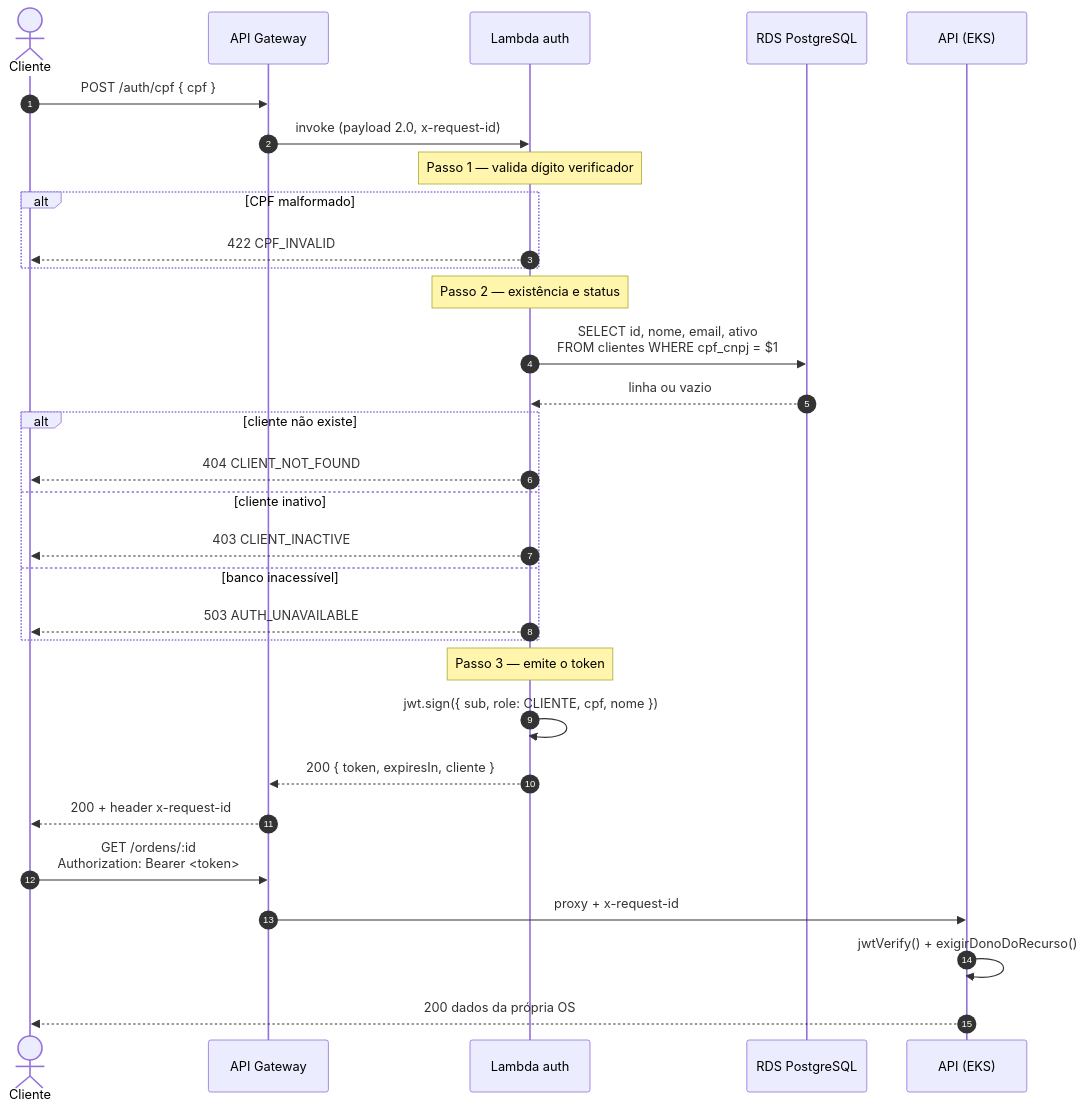
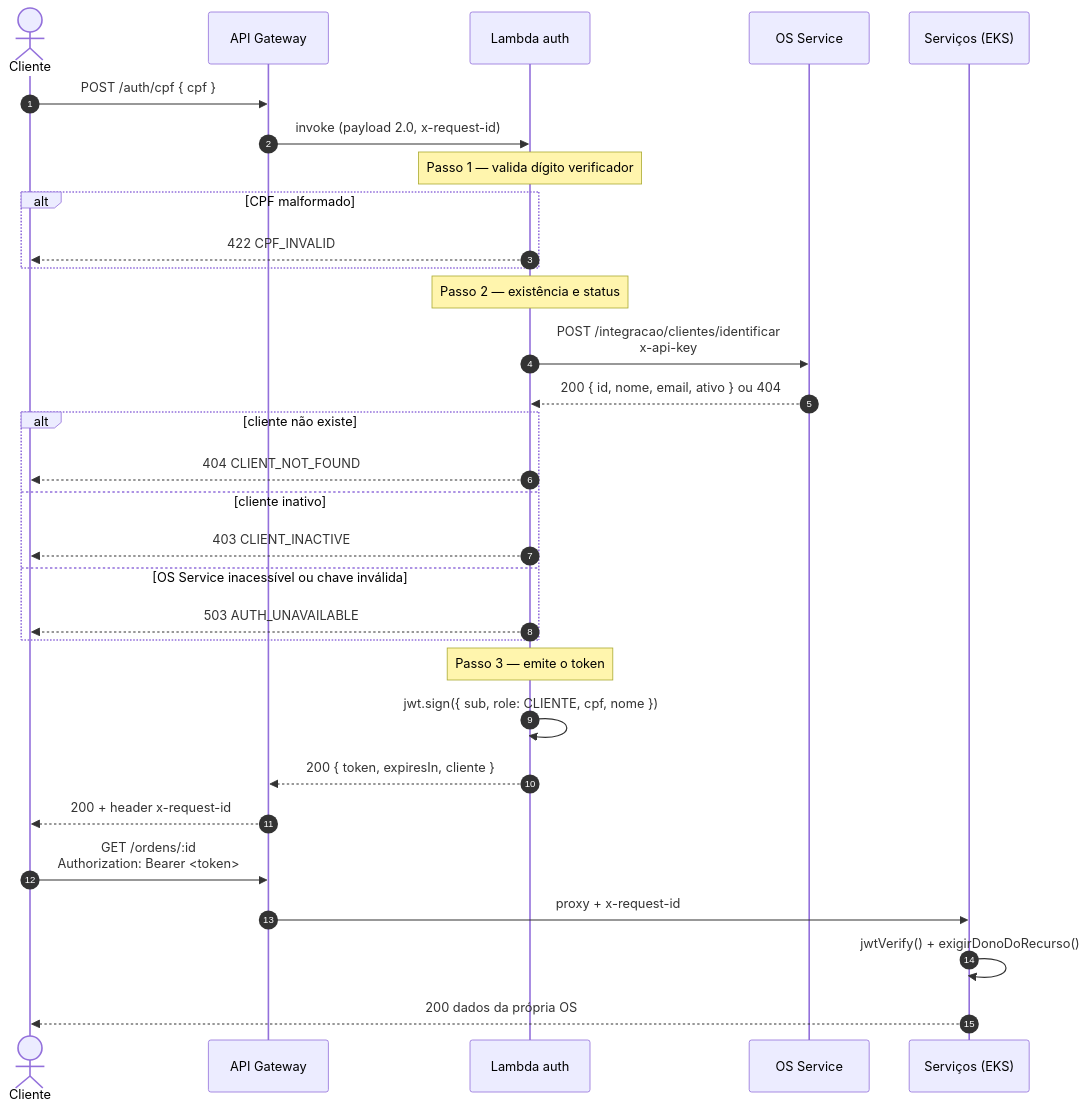
The second of 2 diagrams in README.md (Xikin/oficina-auth-lambda), drawn with Mermaid before and after one commit. The commit also changed other lines of this file and 14 other files, not shown here.

Commit message:
feat: identificar o cliente pelo OS Service em vez de ler o banco

````diff
--- a/README.md
+++ b/README.md
@@ -58,39 +70,39 @@
 ```mermaid
 sequenceDiagram
     autonumber
     actor C as Cliente
     participant G as API Gateway
     participant L as Lambda auth
-    participant D as RDS PostgreSQL
-    participant A as API (EKS)
+    participant D as OS Service
+    participant A as Serviços (EKS)
 
     C->>G: POST /auth/cpf { cpf }
     G->>L: invoke (payload 2.0, x-request-id)
 
     Note over L: Passo 1 — valida dígito verificador
     alt CPF malformado
         L-->>C: 422 CPF_INVALID
     end
 
     Note over L: Passo 2 — existência e status
-    L->>D: SELECT id, nome, email, ativo<br/>FROM clientes WHERE cpf_cnpj = $1
-    D-->>L: linha ou vazio
+    L->>D: POST /integracao/clientes/identificar<br/>x-api-key
+    D-->>L: 200 { id, nome, email, ativo } ou 404
 
     alt cliente não existe
         L-->>C: 404 CLIENT_NOT_FOUND
     else cliente inativo
         L-->>C: 403 CLIENT_INACTIVE
-    else banco inacessível
+    else OS Service inacessível ou chave inválida
         L-->>C: 503 AUTH_UNAVAILABLE
     end
 
     Note over L: Passo 3 — emite o token
     L->>L: jwt.sign({ sub, role: CLIENTE, cpf, nome })
     L-->>G: 200 { token, expiresIn, cliente }
     G-->>C: 200 + header x-request-id
 
     C->>G: GET /ordens/:id<br/>Authorization: Bearer <token>
     G->>A: proxy + x-request-id
     A->>A: jwtVerify() + exigirDonoDoRecurso()
     A-->>C: 200 dados da própria OS
 ```
````
